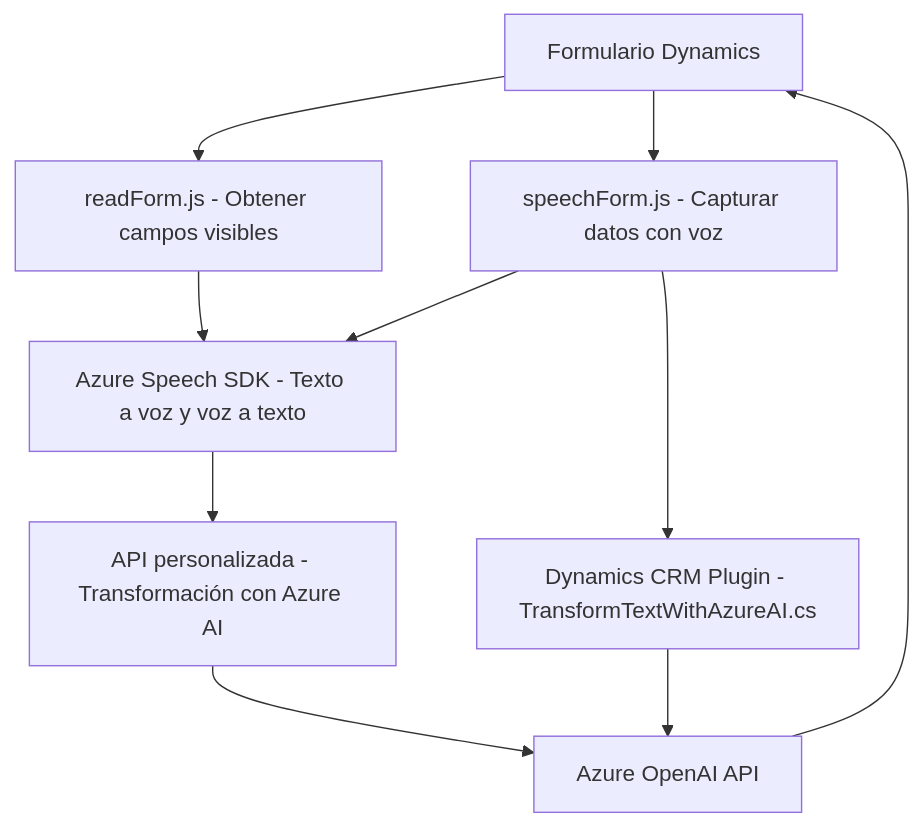
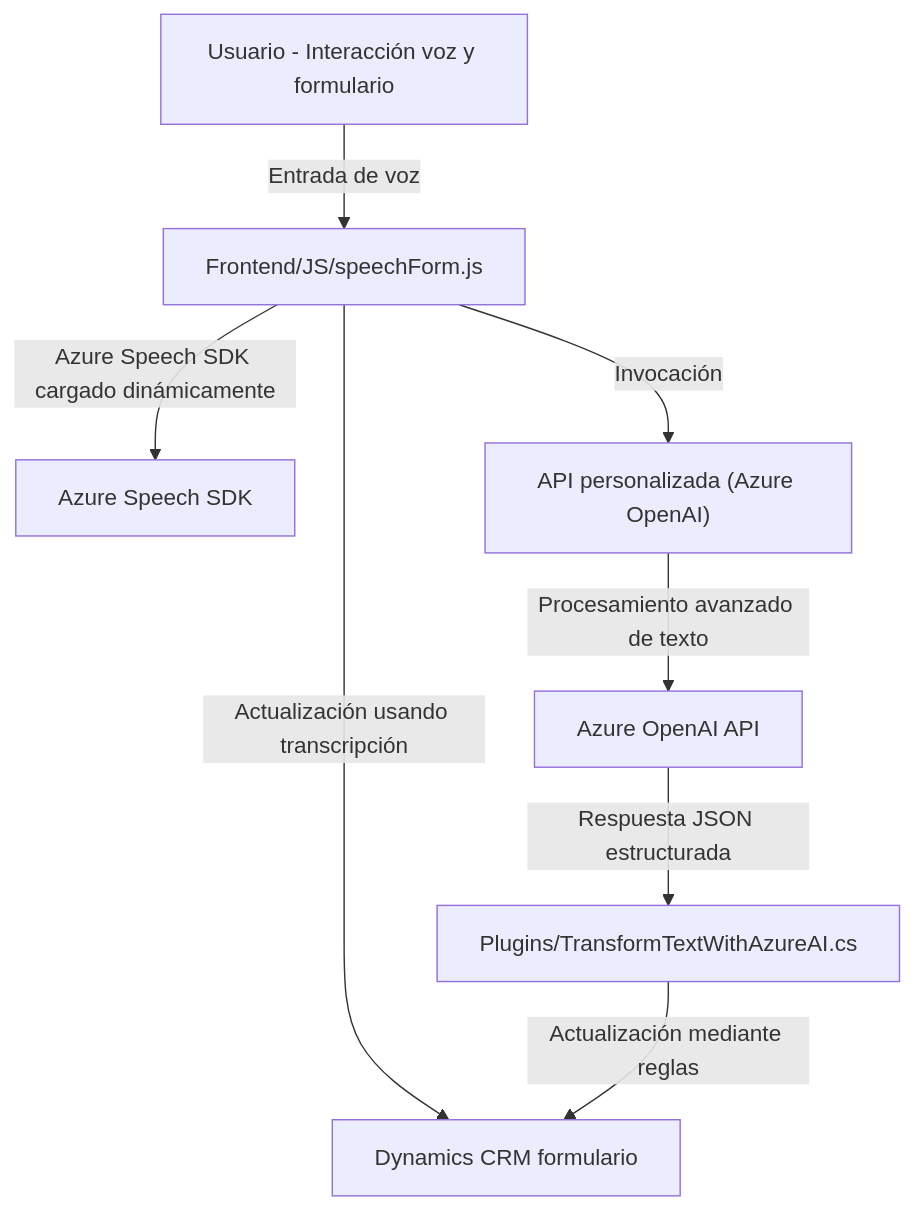
One commit to blopezdm/NETCORE_BILBAO2025 changed the diagram in README.md. Above: the diagram before and after it, drawn with Mermaid. The commit also changed other lines of this file, not shown here.

Commit message:
Actualizar análisis global de la solución con IA

````diff
--- a/README.md
+++ b/README.md
@@ -37,20 +51,10 @@
 ```mermaid
 graph TD
-    A["Formulario Dynamics"]
-    B["readForm.js - Obtener campos visibles"]
-    C["speechForm.js - Capturar datos con voz"]
-    D["Azure Speech SDK - Texto a voz y voz a texto"]
-    E["API personalizada - Transformación con Azure AI"]
-    F["Dynamics CRM Plugin - TransformTextWithAzureAI.cs"]
-    G["Azure OpenAI API"]
-
-    A --> B
-    A --> C
-    B --> D
-    C --> D
-    D --> E
-    C --> F
-    E --> G
-    F --> G
-    G --> A
+  A["Usuario - Interacción voz y formulario"] -->|Entrada de voz| B["Frontend/JS/speechForm.js"]
+  B -->|Azure Speech SDK cargado dinámicamente| C["Azure Speech SDK"]
+  B -->|Actualización usando transcripción| D["Dynamics CRM formulario"]
+  B -->|Invocación| E["API personalizada (Azure OpenAI)"]
+  E -->|Procesamiento avanzado de texto| F["Azure OpenAI API"]
+  F -->|Respuesta JSON estructurada| G["Plugins/TransformTextWithAzureAI.cs"]
+  G -->|Actualización mediante reglas| D
 ```
````
